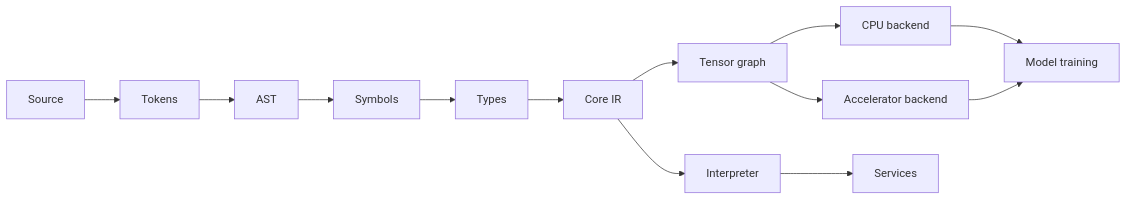
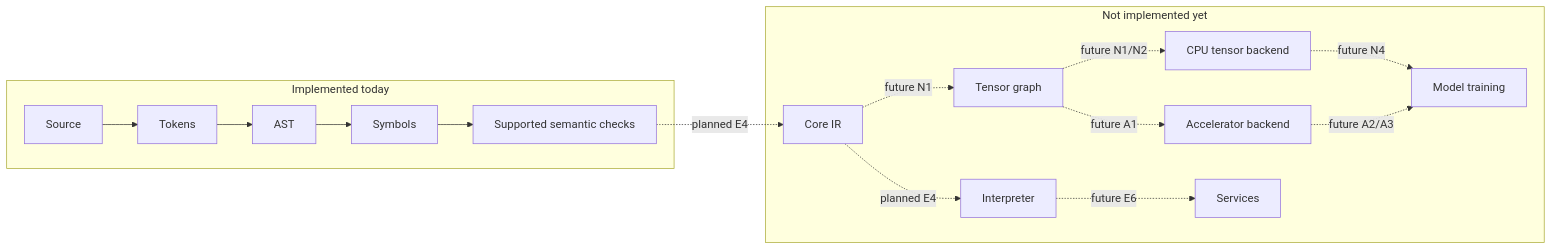
The diagram in docs/project/architecture.md (marcosbuilds/Seloryn), drawn with Mermaid before and after one commit. The commit also changed other lines of this file and 14 other files, not shown here.

````diff
--- a/docs/project/architecture.md
+++ b/docs/project/architecture.md
@@ -7,15 +7,26 @@
 ```mermaid
 flowchart LR
-    A[Source] --> B[Tokens]
-    B --> C[AST]
-    C --> D[Symbols]
-    D --> E[Types]
-    E --> F[Core IR]
-    F --> G[Interpreter]
-    F --> H[Tensor graph]
-    H --> I[CPU backend]
-    H --> J[Accelerator backend]
-    G --> K[Services]
-    I --> L[Model training]
-    J --> L
+    subgraph A1[Implemented today]
+        A[Source] --> B[Tokens]
+        B --> C[AST]
+        C --> D[Symbols]
+        D --> E[Supported semantic checks]
+    end
+    subgraph A2[Not implemented yet]
+        F[Core IR]
+        G[Interpreter]
+        H[Tensor graph]
+        I[CPU tensor backend]
+        J[Accelerator backend]
+        K[Services]
+        L[Model training]
+    end
+    E -. planned E4 .-> F
+    F -. planned E4 .-> G
+    F -. future N1 .-> H
+    H -. future N1/N2 .-> I
+    H -. future A1 .-> J
+    G -. future E6 .-> K
+    I -. future N4 .-> L
+    J -. future A2/A3 .-> L
 ```
````
